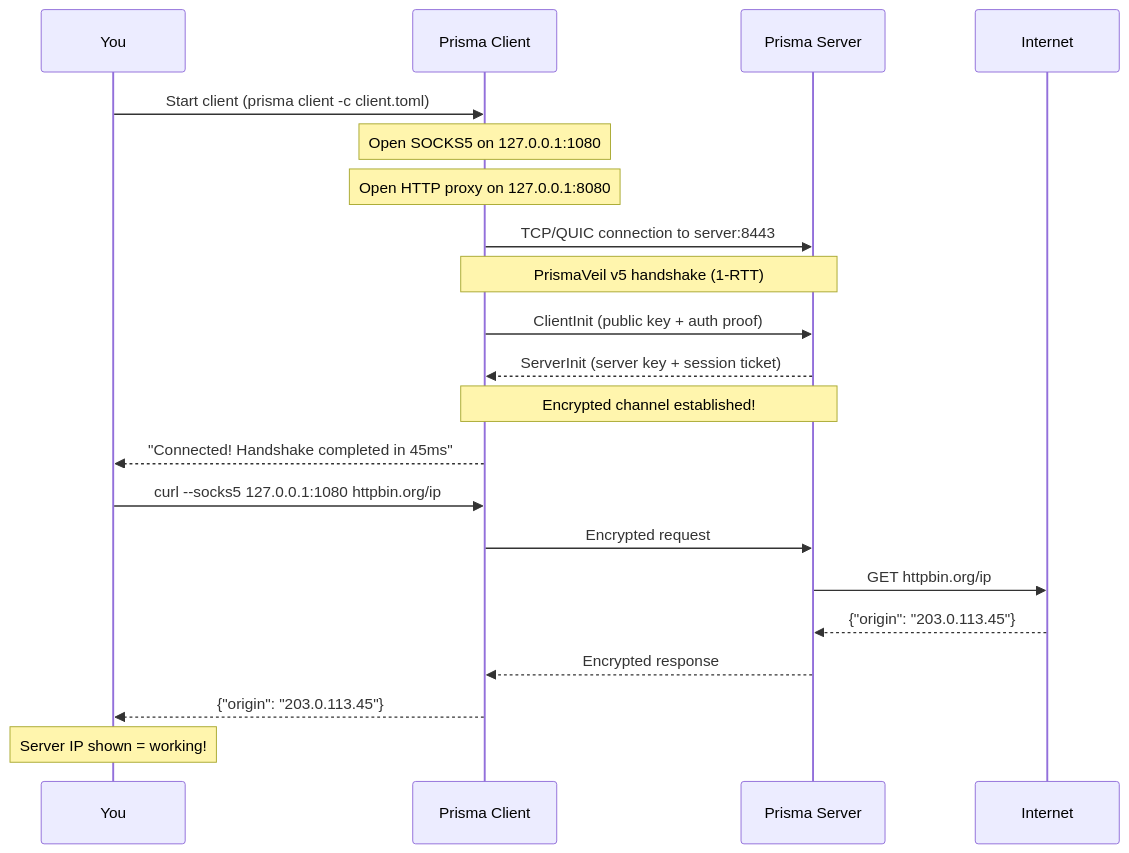
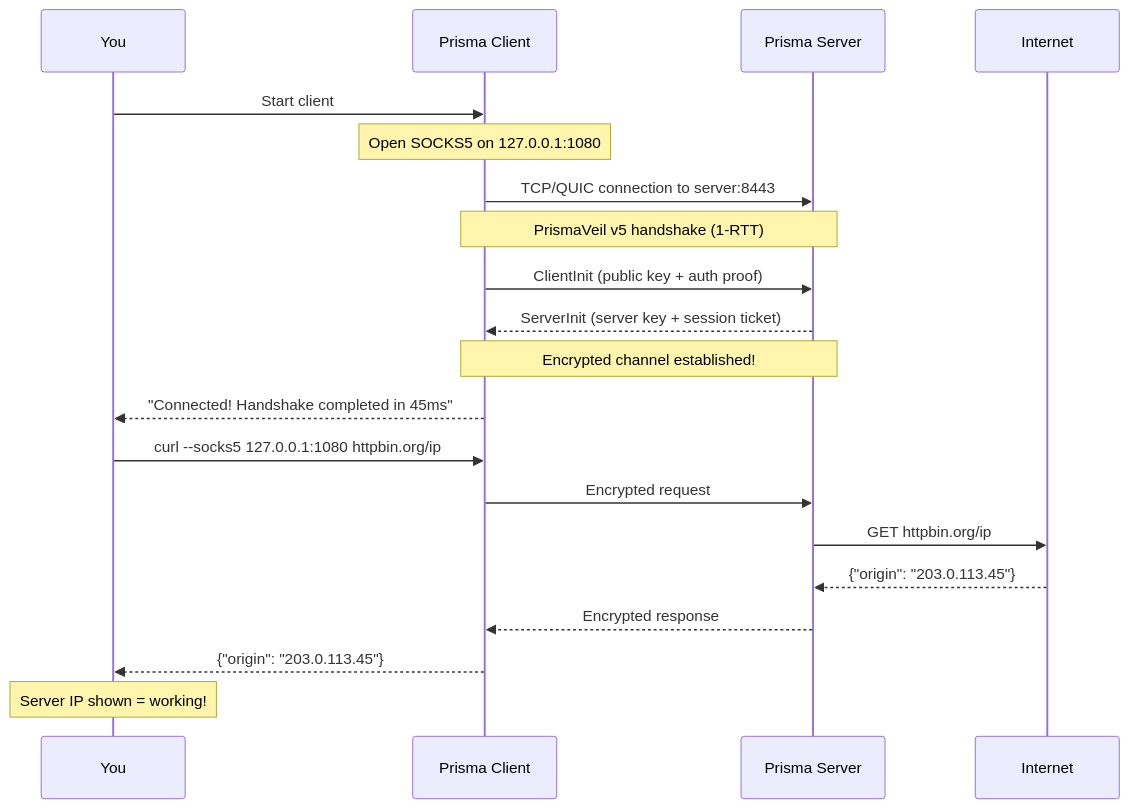
The first of 3 diagrams in prisma-docs/guide/first-connection.md (prisma-proxy/prisma), drawn with Mermaid before and after one commit. The commit also changed other lines of this file and 37 other files, not shown here.

First line of the commit message:
docs: rewrite guide with 30+ Mermaid diagrams, fix multi-instance config

````diff
--- a/prisma-docs/guide/first-connection.md
+++ b/prisma-docs/guide/first-connection.md
@@ -20,25 +18,24 @@
 ```mermaid
 sequenceDiagram
     participant You as You
     participant CL as Prisma Client
     participant SV as Prisma Server
     participant Web as Internet
 
-    You->>CL: Start client (prisma client -c client.toml)
+    You->>CL: Start client
     Note over CL: Open SOCKS5 on 127.0.0.1:1080
-    Note over CL: Open HTTP proxy on 127.0.0.1:8080
     CL->>SV: TCP/QUIC connection to server:8443
     Note over CL,SV: PrismaVeil v5 handshake (1-RTT)
     CL->>SV: ClientInit (public key + auth proof)
     SV-->>CL: ServerInit (server key + session ticket)
     Note over CL,SV: Encrypted channel established!
     CL-->>You: "Connected! Handshake completed in 45ms"
 
     You->>CL: curl --socks5 127.0.0.1:1080 httpbin.org/ip
     CL->>SV: Encrypted request
     SV->>Web: GET httpbin.org/ip
     Web-->>SV: {"origin": "203.0.113.45"}
     SV-->>CL: Encrypted response
     CL-->>You: {"origin": "203.0.113.45"}
     Note over You: Server IP shown = working!
 ```
````
